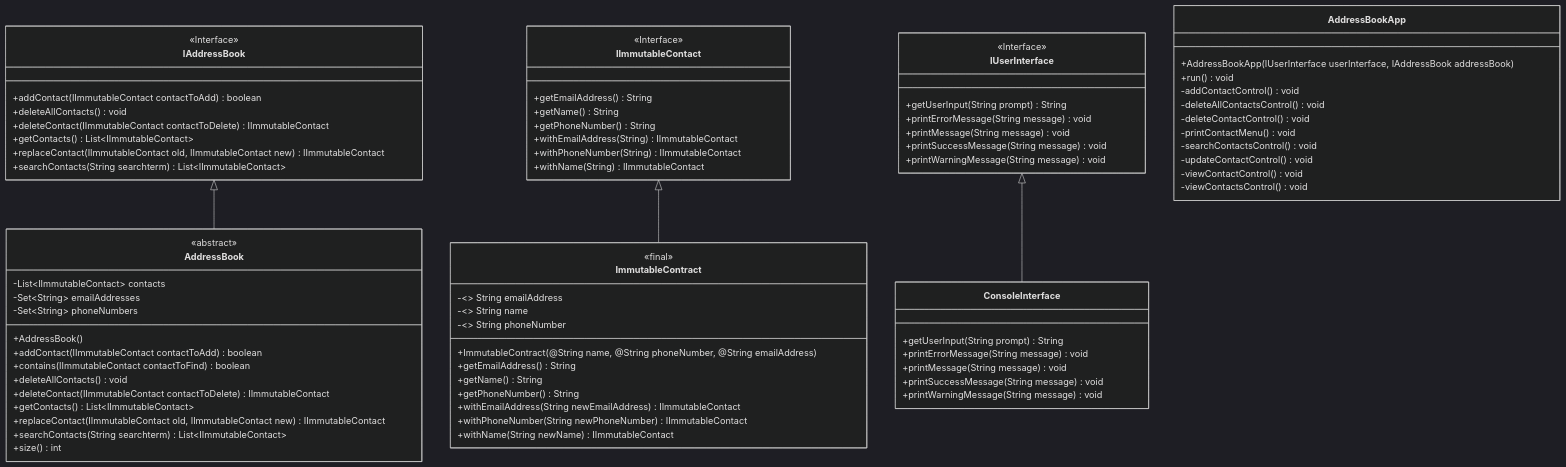
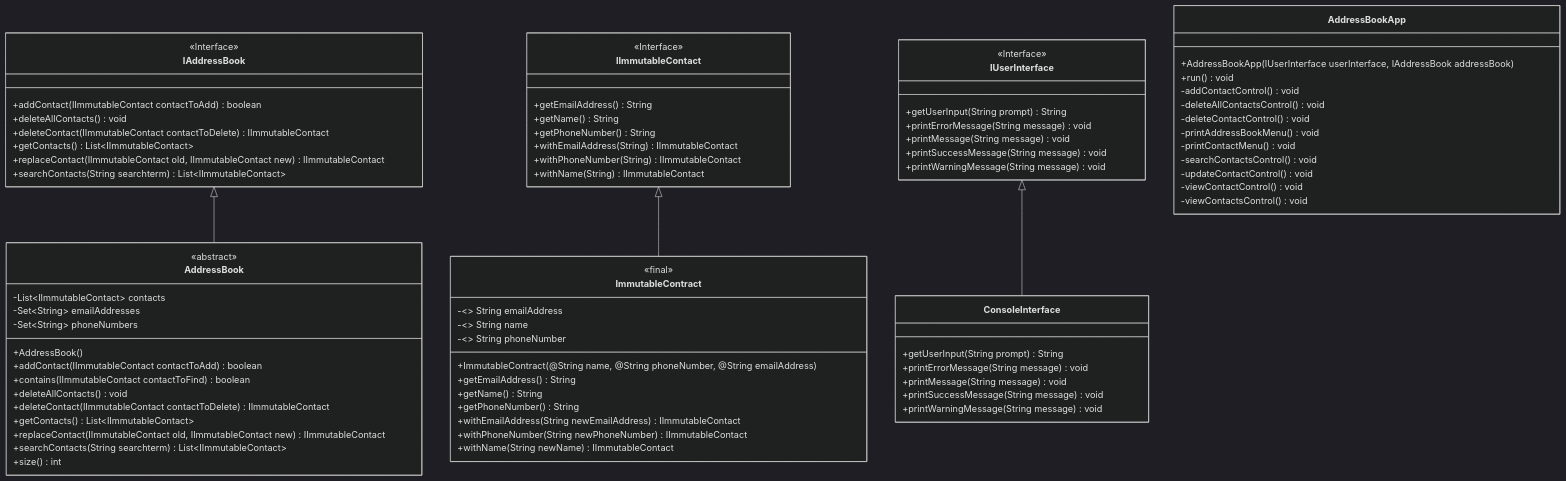
Before and after one commit to turnerbenjamin/address-book: the diagram in docs/class-diagram.md, drawn with Mermaid (dark theme). The commit also changed 9 other files, not shown here.

```diff
--- a/docs/class-diagram.md
+++ b/docs/class-diagram.md
@@ -76,6 +76,7 @@
         -addContactControl() void
         -deleteAllContactsControl() void
         -deleteContactControl() void
+        -printAddressBookMenu() void
         -printContactMenu() void
         -searchContactsControl() void
         -updateContactControl() void
```
